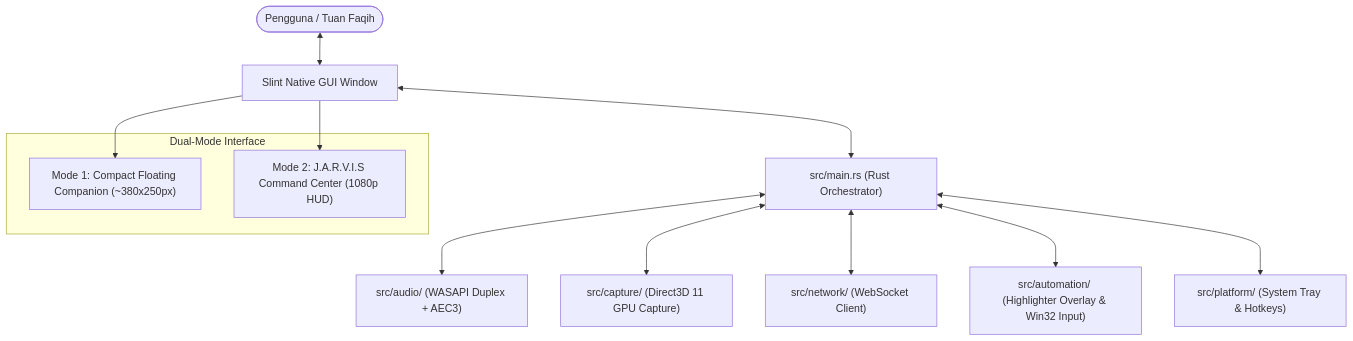
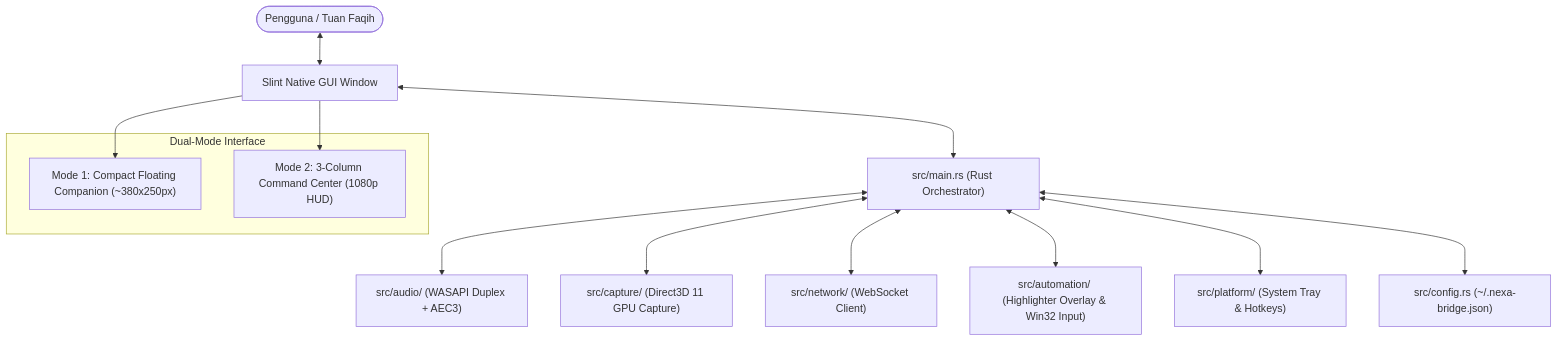
The first of 3 diagrams in docs/UI_COMPONENTS_AND_SPECIFICATION.md (Knightrelaxed/nexa-windows-bridge), drawn with Mermaid before and after one commit. The commit also changed other lines of this file and 11 other files, not shown here.

First line of the commit message:
feat(ui): implement Stitch-inspired 3-column Mode 2 Command Center and Arc Reactor Core

````diff
--- a/docs/UI_COMPONENTS_AND_SPECIFICATION.md
+++ b/docs/UI_COMPONENTS_AND_SPECIFICATION.md
@@ -25,19 +27,20 @@
 ```mermaid
 flowchart TD
     User([Pengguna / Tuan Faqih]) <--> UI[Slint Native GUI Window]
     
     subgraph UI_MODES ["Dual-Mode Interface"]
         Mode1["Mode 1: Compact Floating Companion (~380x250px)"]
-        Mode2["Mode 2: J.A.R.V.I.S Command Center (1080p HUD)"]
+        Mode2["Mode 2: 3-Column Command Center (1080p HUD)"]
     end
     
     UI --> Mode1
     UI --> Mode2
     
     UI <--> RustBridge["src/main.rs (Rust Orchestrator)"]
     RustBridge <--> Audio["src/audio/ (WASAPI Duplex + AEC3)"]
     RustBridge <--> Vision["src/capture/ (Direct3D 11 GPU Capture)"]
     RustBridge <--> Network["src/network/ (WebSocket Client)"]
     RustBridge <--> Auto["src/automation/ (Highlighter Overlay & Win32 Input)"]
     RustBridge <--> Tray["src/platform/ (System Tray & Hotkeys)"]
+    RustBridge <--> Config["src/config.rs (~/.nexa-bridge.json)"]
 ```
````
